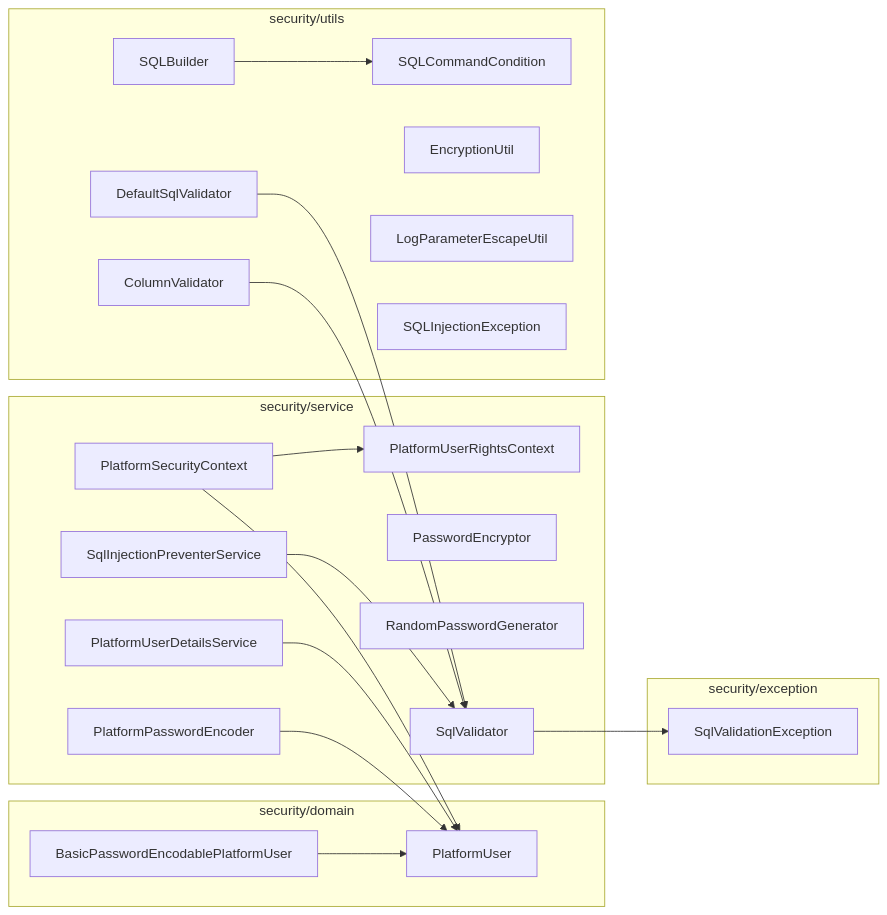
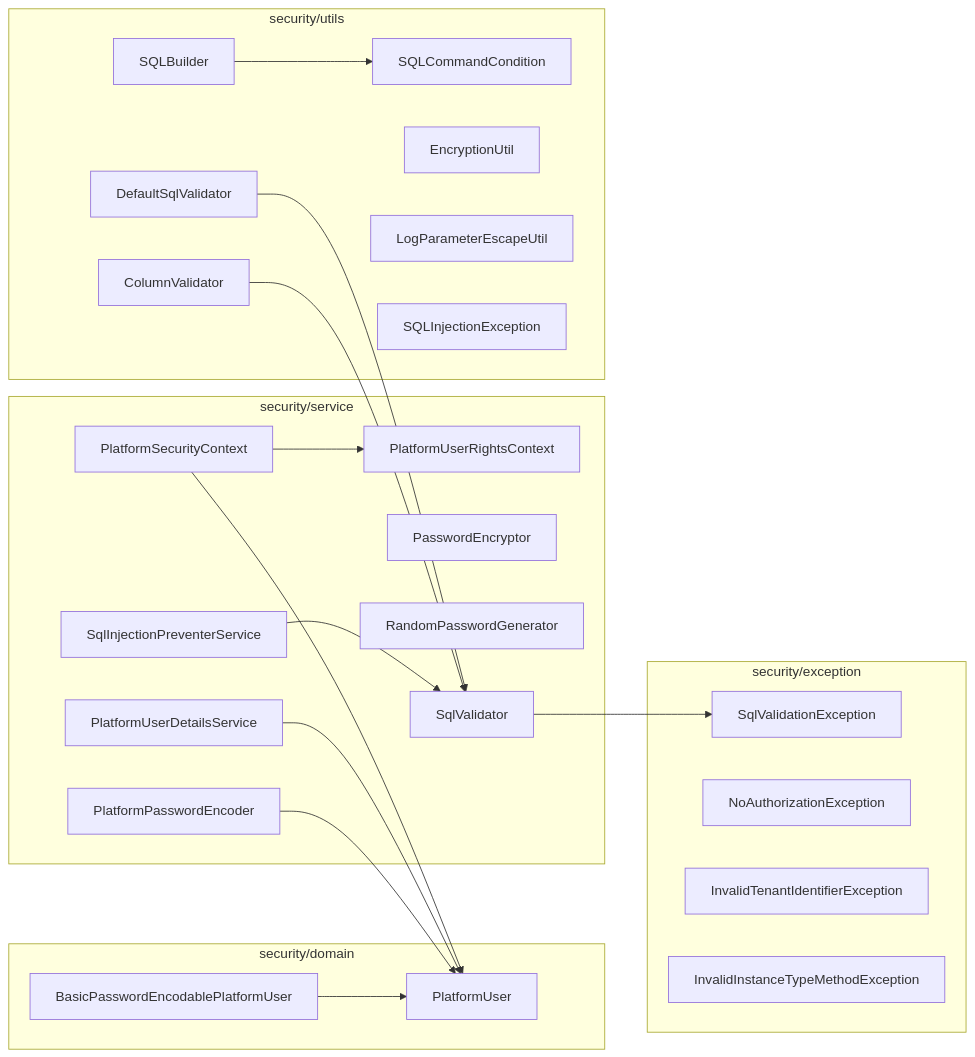
One commit to mintlify-atlas/docs-wiki-31b07890 changed the first of 2 diagrams in core/security-primitives.mdx. Above: the diagram before and after it, drawn with Mermaid. The commit also changed other lines of this file and 115 other files, not shown here.

````diff
--- a/core/security-primitives.mdx
+++ b/core/security-primitives.mdx
@@ -13,43 +13,46 @@
 ```mermaid
 flowchart LR
     subgraph DOM["security/domain"]
         PU[PlatformUser]
         BPU[BasicPasswordEncodablePlatformUser]
     end
 
     subgraph SVC["security/service"]
         PSC[PlatformSecurityContext]
         PURC[PlatformUserRightsContext]
         PUDS[PlatformUserDetailsService]
         PPE[PlatformPasswordEncoder]
         PE[PasswordEncryptor]
         RPG[RandomPasswordGenerator]
         SV[SqlValidator]
         SIP[SqlInjectionPreventerService]
     end
 
     subgraph UTIL["security/utils"]
         DSV[DefaultSqlValidator]
         SQLB[SQLBuilder]
         SQLC[SQLCommandCondition]
         CV[ColumnValidator]
         EU[EncryptionUtil]
         LPEU[LogParameterEscapeUtil]
         SIE[SQLInjectionException]
     end
 
     subgraph EXC["security/exception"]
         SVE[SqlValidationException]
+        NAE[NoAuthorizationException]
+        ITIE[InvalidTenantIdentifierException]
+        IITM[InvalidInstanceTypeMethodException]
     end
 
     PSC --> PURC
     PSC --> PU
     PUDS --> PU
     PPE --> PU
     BPU --> PU
     SV --> SVE
     DSV --> SV
     SIP --> SV
     CV --> SV
     SQLB --> SQLC
 ```
````
